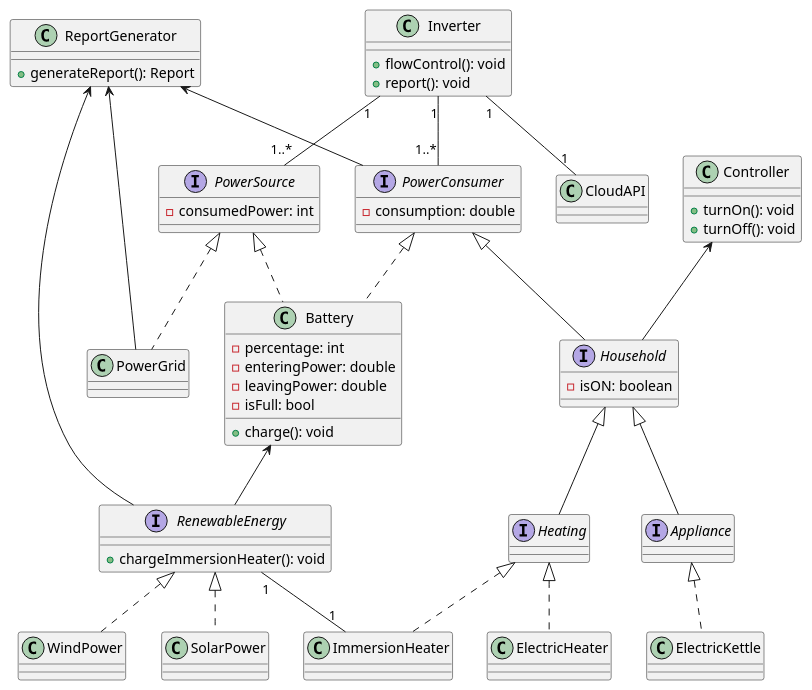
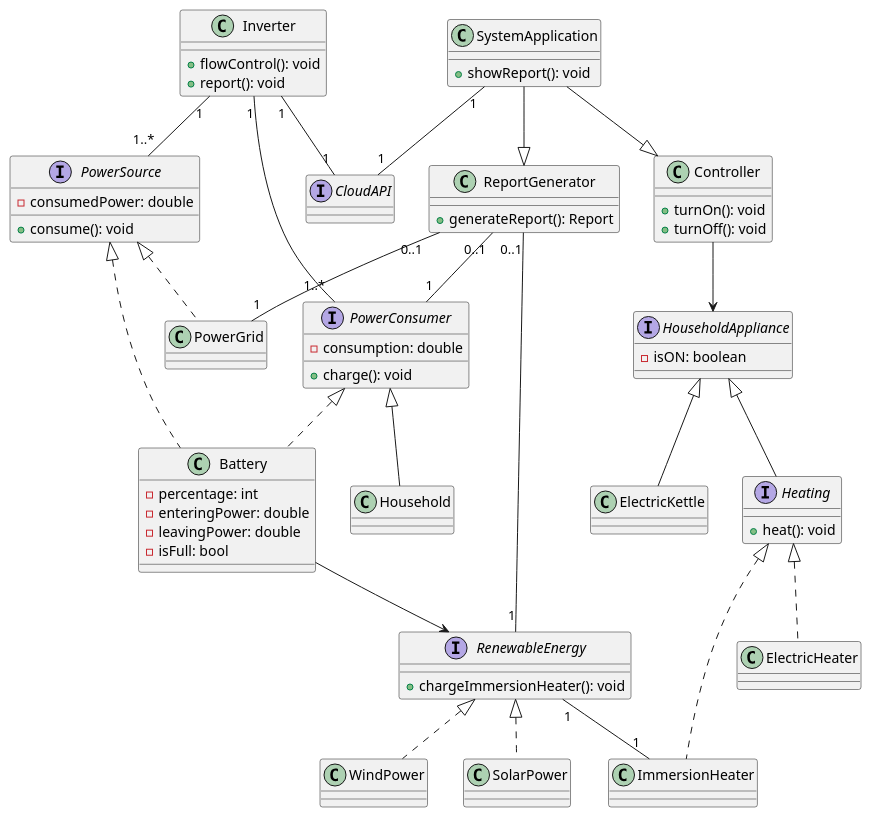
Before and after one commit to yudai-yam/204-Design-and-Architecture: the diagram in Year2/204. Software Design/Coursework/UML.plantUML, drawn with PlantUML. The commit also changed 1 other file, not shown here.

```diff
--- a/Year2/204. Software Design/Coursework/UML.plantUML
+++ b/Year2/204. Software Design/Coursework/UML.plantUML
@@ -1,119 +1,126 @@
 @startuml Power Manager
-
 
 class PowerGrid{
     
 }
-
 
 interface RenewableEnergy{
     + chargeImmersionHeater(): void
 }
 
 class SolarPower{
 
 }
 
 class WindPower{
 
 }
 
+class SystemApplication{
+    + showReport(): void
+}
+
 
 class Battery{
     - percentage: int
     - enteringPower: double
     - leavingPower: double
     - isFull: bool
 
-    + charge(): void
 }
 
 interface PowerSource{
-    - consumedPower: int
+    - consumedPower: double
+
+    + consume(): void
 }
 
 interface PowerConsumer{
     - consumption: double
+
+    + charge(): void
 }
 
 class Inverter{
     + flowControl(): void
     + report(): void
 }
 
-class CloudAPI{
+interface CloudAPI{
 
 }
 
-interface Household{
+interface HouseholdAppliance{
   - isON: boolean
 }
 
 class ImmersionHeater{
 }
 
 interface Heating{
+    + heat(): void
 }
 
-interface Appliance{
-}
+
 
 class ElectricKettle{
 }
 
 class ElectricHeater{
 
 }
 
 
 
 class ReportGenerator{
     + generateReport(): Report
 }
 
 
 
 class Controller{
     + turnOn(): void
     + turnOff(): void
 } 
 
 
 
-Battery <-- RenewableEnergy
+Battery --> RenewableEnergy
 PowerSource <|.. PowerGrid
 
 RenewableEnergy <|.. SolarPower
 RenewableEnergy <|.. WindPower
 
-Appliance <|.. ElectricKettle
+HouseholdAppliance <|-- ElectricKettle
 
 PowerSource <|.. Battery
 
 PowerConsumer <|.. Battery
 
 
 Inverter "1"--"1" CloudAPI
 Inverter "1"--"1..*" PowerSource
 Inverter "1"--"1..*" PowerConsumer
 
 
-ReportGenerator <-- RenewableEnergy
-ReportGenerator <-- PowerGrid
-ReportGenerator <-- PowerConsumer
+ReportGenerator "0..1"--"1" RenewableEnergy
+ReportGenerator "0..1"--"1" PowerGrid
+ReportGenerator "0..1"--"1" PowerConsumer
 
-Controller <-- Household
+Controller --> HouseholdAppliance
 
 
-Household <|-- Heating
-Household <|-- Appliance
+HouseholdAppliance <|-- Heating
 
 Heating <|.. ImmersionHeater
 Heating <|.. ElectricHeater
 
 RenewableEnergy "1"--"1" ImmersionHeater
 
 
 PowerConsumer <|-- Household
 
+SystemApplication --|> ReportGenerator
+SystemApplication --|> Controller
+SystemApplication "1"--"1" CloudAPI
 @enduml
```
